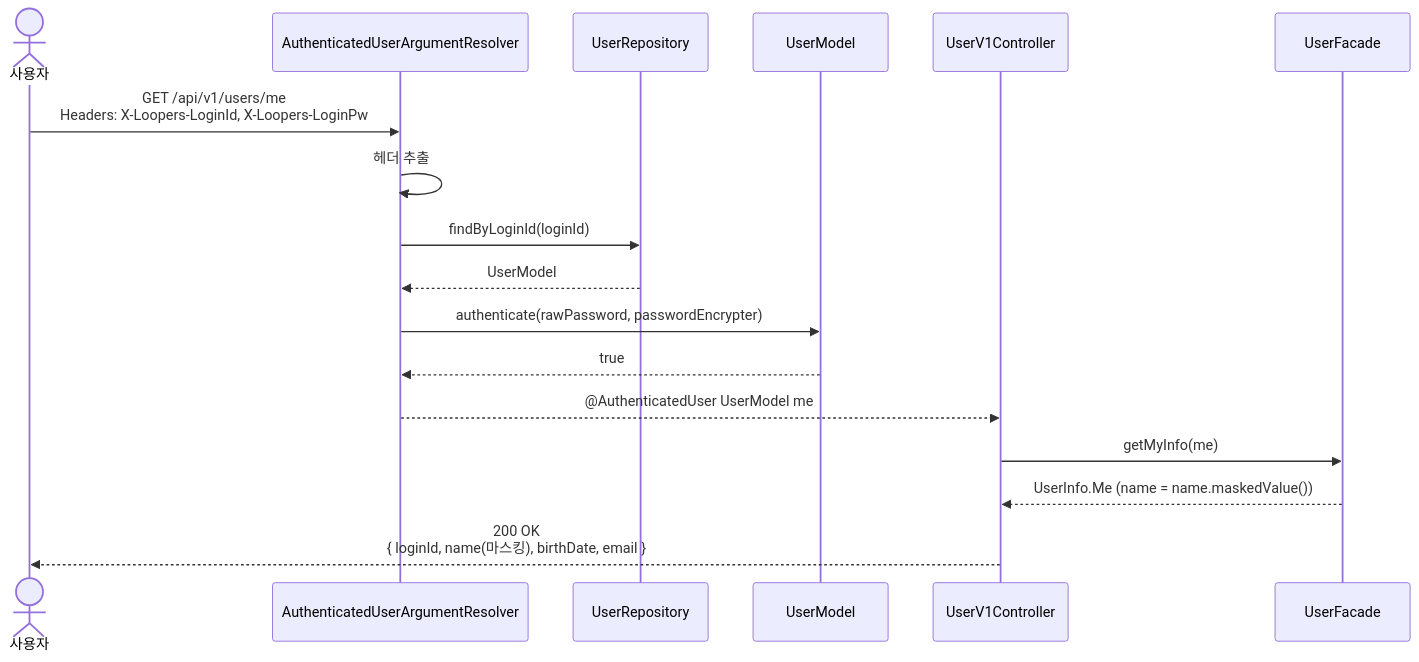
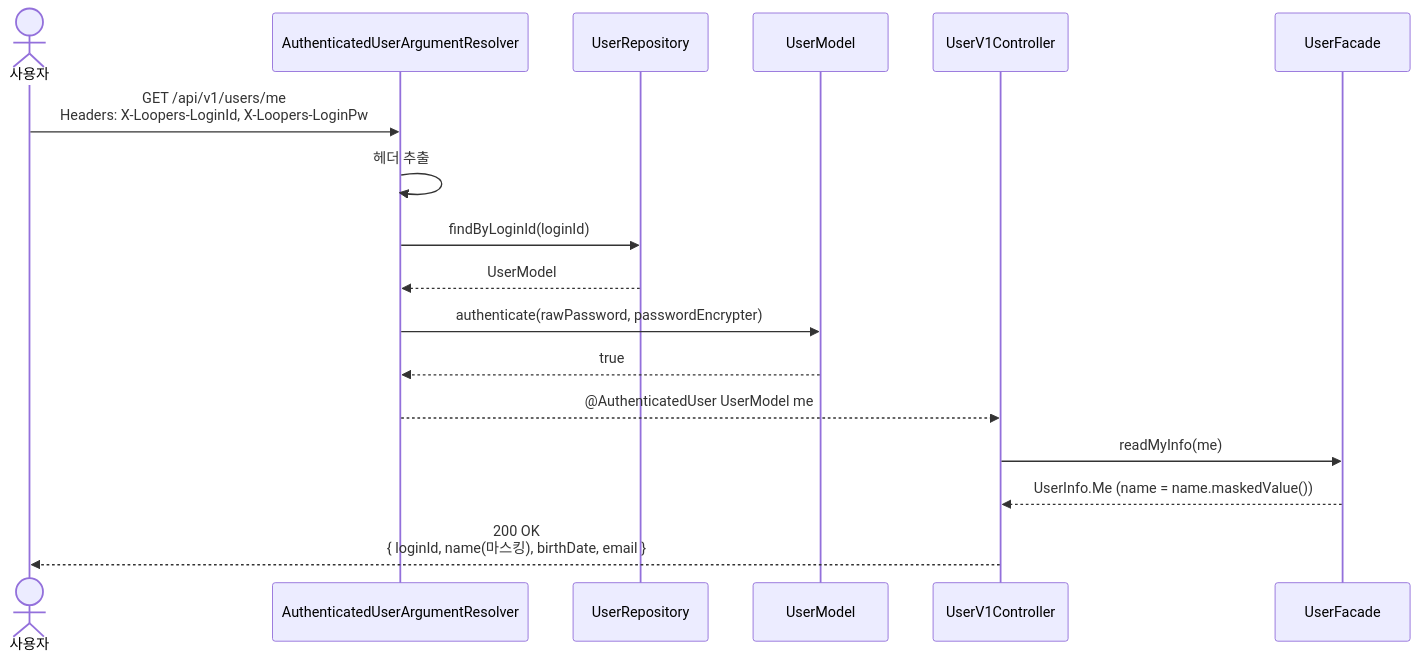
The first of 3 diagrams in docs/volume-1/내_정보_조회/요구사항_명세.md (loopers-labs/loop-pack-be-l2-vol4-java), drawn with Mermaid before and after one commit. The commit also changed 7 other files, not shown here.

````diff
--- a/docs/volume-1/내_정보_조회/요구사항_명세.md
+++ b/docs/volume-1/내_정보_조회/요구사항_명세.md
@@ -52,20 +52,20 @@
 ```mermaid
 sequenceDiagram
     actor User as 사용자
     participant Resolver as AuthenticatedUserArgumentResolver
     participant Repository as UserRepository
     participant Domain as UserModel
     participant Controller as UserV1Controller
     participant Facade as UserFacade
 
     User->>Resolver: GET /api/v1/users/me<br/>Headers: X-Loopers-LoginId, X-Loopers-LoginPw
     Resolver->>Resolver: 헤더 추출
     Resolver->>Repository: findByLoginId(loginId)
     Repository-->>Resolver: UserModel
     Resolver->>Domain: authenticate(rawPassword, passwordEncrypter)
     Domain-->>Resolver: true
     Resolver-->>Controller: @AuthenticatedUser UserModel me
-    Controller->>Facade: getMyInfo(me)
+    Controller->>Facade: readMyInfo(me)
     Facade-->>Controller: UserInfo.Me (name = name.maskedValue())
     Controller-->>User: 200 OK<br/>{ loginId, name(마스킹), birthDate, email }
 ```
````
